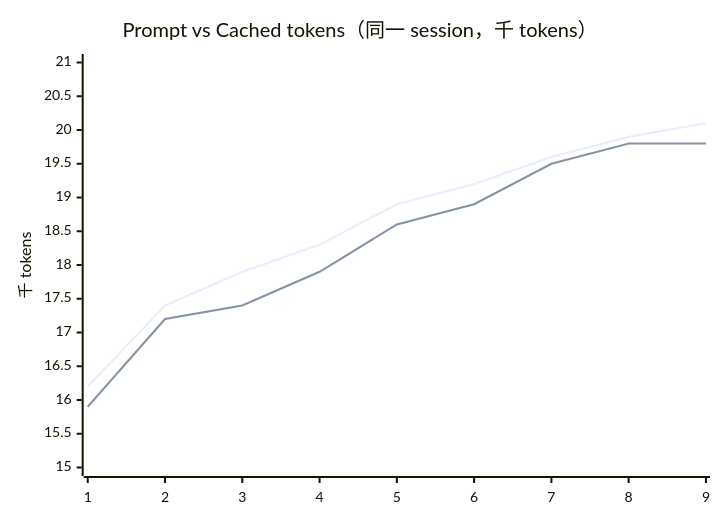
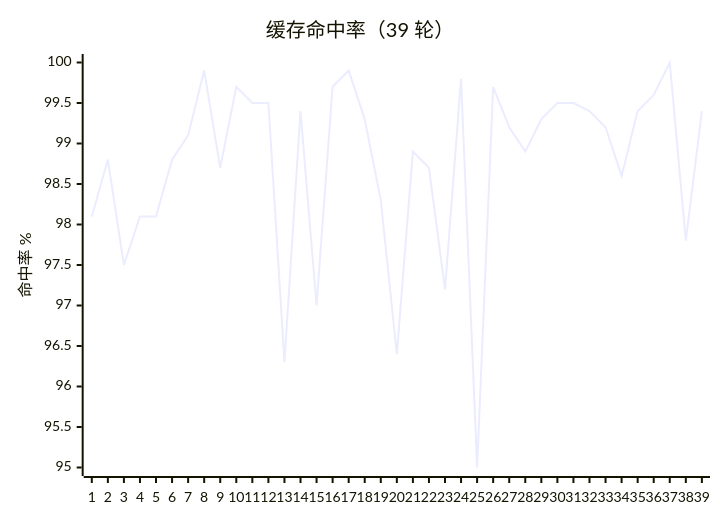
Before and after one commit to alvnukov/cozyphi: the diagram in README.zh-CN.md, drawn with Mermaid. The commit also changed other lines of this file and 1 other file, not shown here.

````diff
--- a/README.zh-CN.md
+++ b/README.zh-CN.md
@@ -176,8 +166,7 @@
 ```mermaid
 xychart-beta
-    title "Prompt vs Cached tokens（同一 session，千 tokens）"
-    x-axis [1, 2, 3, 4, 5, 6, 7, 8, 9]
-    y-axis "千 tokens" 15 --> 21
-    line "Prompt" [16.2, 17.4, 17.9, 18.3, 18.9, 19.2, 19.6, 19.9, 20.1]
-    line "Cached" [15.9, 17.2, 17.4, 17.9, 18.6, 18.9, 19.5, 19.8, 19.8]
+    title "缓存命中率（39 轮）"
+    x-axis [1, 2, 3, 4, 5, 6, 7, 8, 9, 10, 11, 12, 13, 14, 15, 16, 17, 18, 19, 20, 21, 22, 23, 24, 25, 26, 27, 28, 29, 30, 31, 32, 33, 34, 35, 36, 37, 38, 39]
+    y-axis "命中率 %" 95 --> 100
+    line [98.1, 98.8, 97.5, 98.1, 98.1, 98.8, 99.1, 99.9, 98.7, 99.7, 99.5, 99.5, 96.3, 99.4, 97.0, 99.7, 99.9, 99.3, 98.3, 96.4, 98.9, 98.7, 97.2, 99.8, 95.0, 99.7, 99.2, 98.9, 99.3, 99.5, 99.5, 99.4, 99.2, 98.6, 99.4, 99.6, 100.0, 97.8, 99.4]
 ```
````
